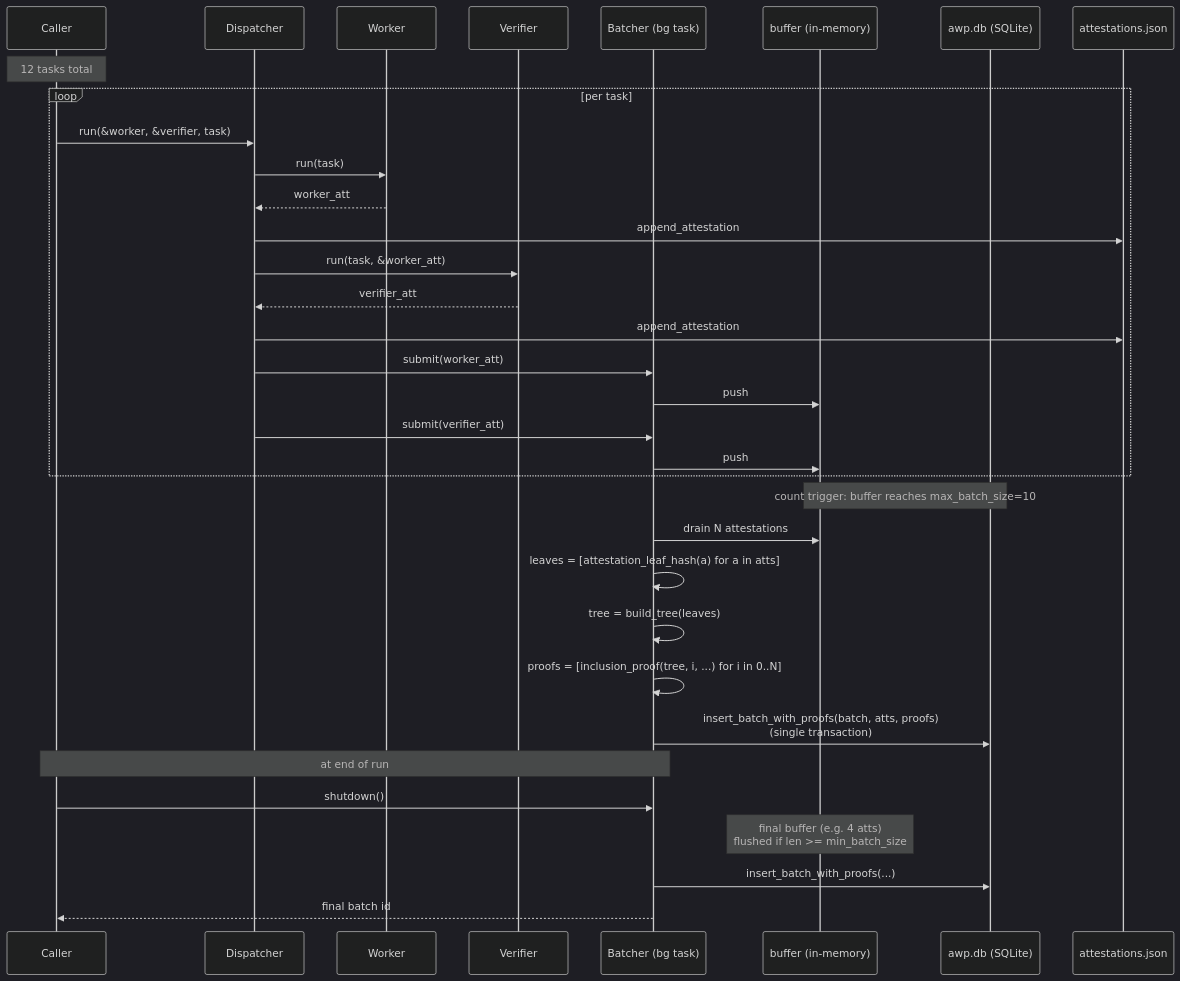
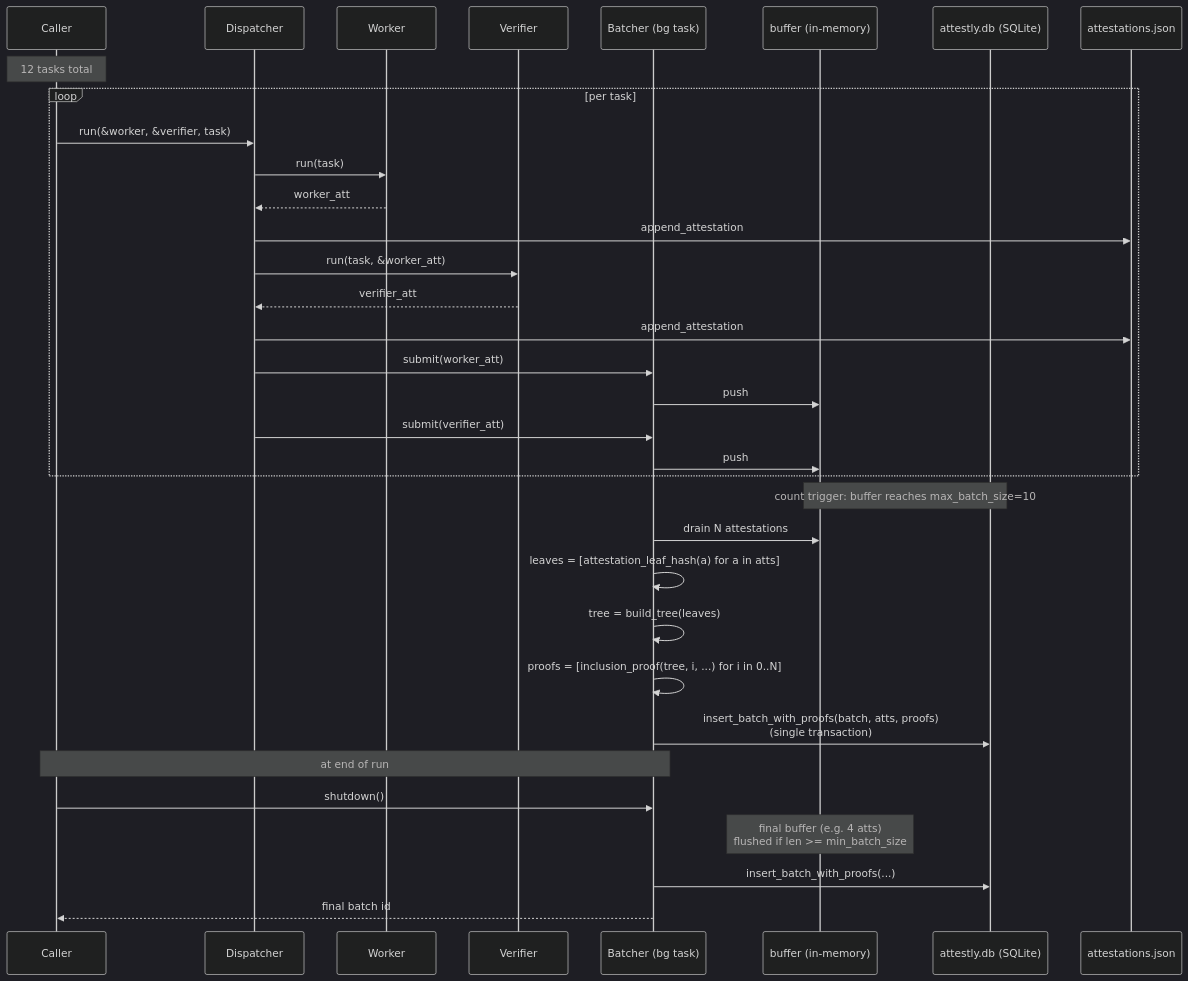
The fifth of 7 diagrams in docs/ARCHITECTURE.md (inertialabsxyz/attestly), drawn with Mermaid (dark theme) before and after one commit. The commit also changed other lines of this file and 43 other files, not shown here.

First line of the commit message:
docs(rename): rebrand AWP / Agent Work Protocol prose to Attestly

````diff
--- a/docs/ARCHITECTURE.md
+++ b/docs/ARCHITECTURE.md
@@ -262,39 +262,39 @@
 ```mermaid
 sequenceDiagram
     participant U as Caller
     participant D as Dispatcher
     participant W as Worker
     participant V as Verifier
     participant B as Batcher (bg task)
     participant Buf as buffer (in-memory)
-    participant DB as awp.db (SQLite)
+    participant DB as attestly.db (SQLite)
     participant J1 as attestations.json
 
     Note over U: 12 tasks total
     loop per task
         U->>D: run(&worker, &verifier, task)
         D->>W: run(task)
         W-->>D: worker_att
         D->>J1: append_attestation
         D->>V: run(task, &worker_att)
         V-->>D: verifier_att
         D->>J1: append_attestation
         D->>B: submit(worker_att)
         B->>Buf: push
         D->>B: submit(verifier_att)
         B->>Buf: push
     end
 
     Note over Buf,DB: count trigger: buffer reaches max_batch_size=10
     B->>Buf: drain N attestations
     B->>B: leaves = [attestation_leaf_hash(a) for a in atts]
     B->>B: tree = build_tree(leaves)
     B->>B: proofs = [inclusion_proof(tree, i, ...) for i in 0..N]
     B->>DB: insert_batch_with_proofs(batch, atts, proofs)<br/>(single transaction)
 
     Note over U,B: at end of run
     U->>B: shutdown()
     Note over Buf: final buffer (e.g. 4 atts)<br/>flushed if len >= min_batch_size
     B->>DB: insert_batch_with_proofs(...)
     B-->>U: final batch id
 ```
````
